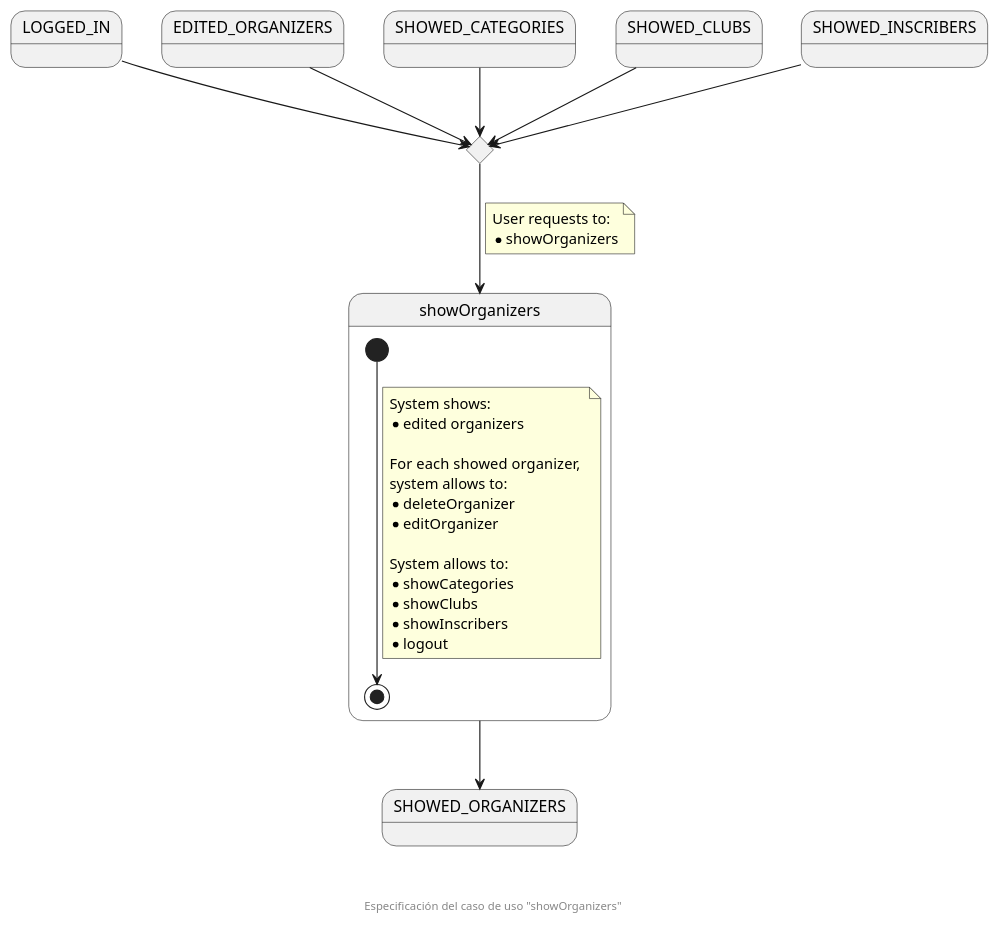
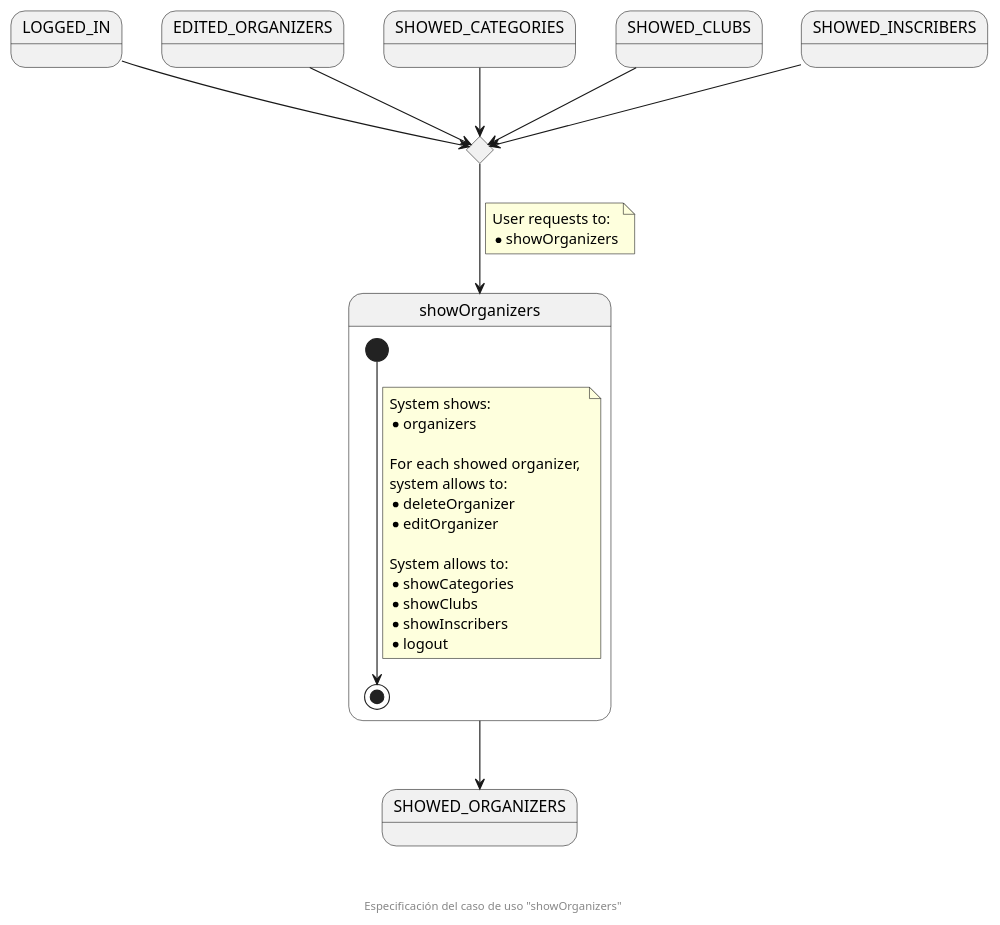
Before and after one commit to zuldare/mastercloud_pfm_halterocms: the diagram in documentation/diagrams/1_requirements/3_useCasesSpecification/organizationSecretary/07_showOrganizers.puml, drawn with PlantUML.

Commit message:
Fix showOrganizers, changing 'edited organizers' message

```diff
--- a/documentation/diagrams/1_requirements/3_useCasesSpecification/organizationSecretary/07_showOrganizers.puml
+++ b/documentation/diagrams/1_requirements/3_useCasesSpecification/organizationSecretary/07_showOrganizers.puml
@@ -1,44 +1,44 @@
 @startuml
 state LOGGED_IN
 state EDITED_ORGANIZERS
 state SHOWED_CATEGORIES
 state SHOWED_CLUBS
 state SHOWED_INSCRIBERS
 
 state enterShowOrganizersCHC <<choice>>
 
 state showOrganizers {
   [*] --> [*]
   note on link
     System shows:
-    * edited organizers
+    * organizers
 
     For each showed organizer, 
     system allows to:
     * deleteOrganizer
     * editOrganizer
 
     System allows to:
     * showCategories
     * showClubs
     * showInscribers
     * logout
   end note
 }
 state SHOWED_ORGANIZERS
 
 LOGGED_IN --> enterShowOrganizersCHC
 EDITED_ORGANIZERS --> enterShowOrganizersCHC
 SHOWED_CATEGORIES --> enterShowOrganizersCHC
 SHOWED_CLUBS --> enterShowOrganizersCHC
 SHOWED_INSCRIBERS --> enterShowOrganizersCHC
 
 enterShowOrganizersCHC --> showOrganizers
 note on link
   User requests to:
   * showOrganizers
 end note
 showOrganizers --> SHOWED_ORGANIZERS
 
 footer \n\n\n Especificación del caso de uso "showOrganizers"
 @enduml
```
